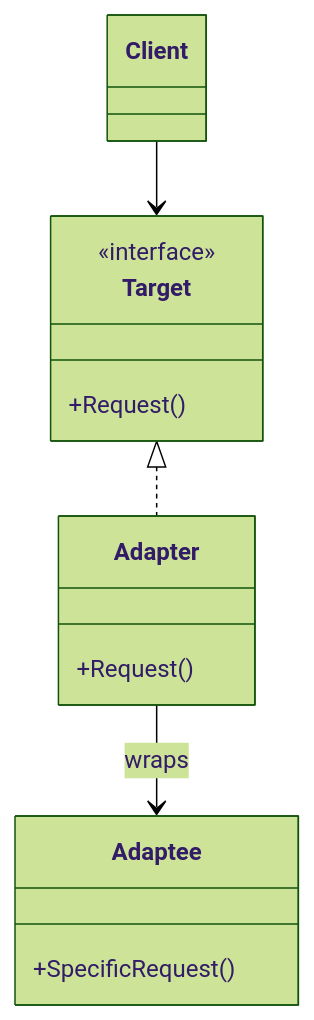
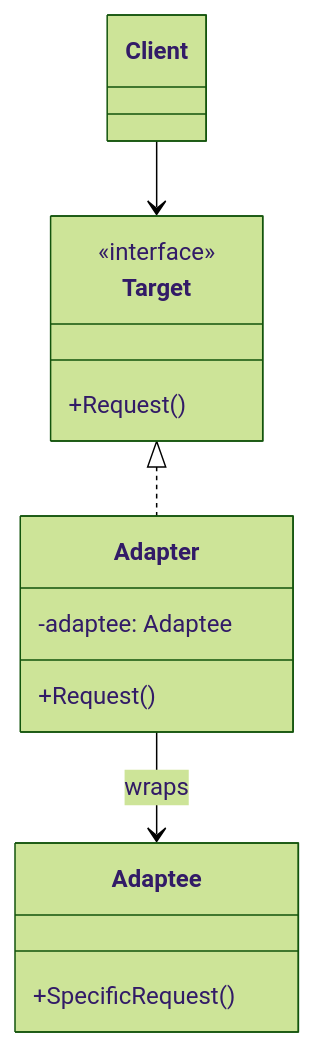
The first of 8 diagrams in raw/cs/design-patterns/structural-patterns.md (minijb/Wiki), drawn with Mermaid (forest theme) before and after one commit. The commit also changed other lines of this file and 962 other files, not shown here.

````diff
--- a/raw/cs/design-patterns/structural-patterns.md
+++ b/raw/cs/design-patterns/structural-patterns.md
@@ -46,18 +50,19 @@
 ```mermaid
 classDiagram
     class Client
     class Target {
         <<interface>>
         +Request()
     }
     class Adapter {
+        -adaptee: Adaptee
         +Request()
     }
     class Adaptee {
         +SpecificRequest()
     }
 
     Client --> Target
     Target <|.. Adapter
     Adapter --> Adaptee : wraps
 ```
````
